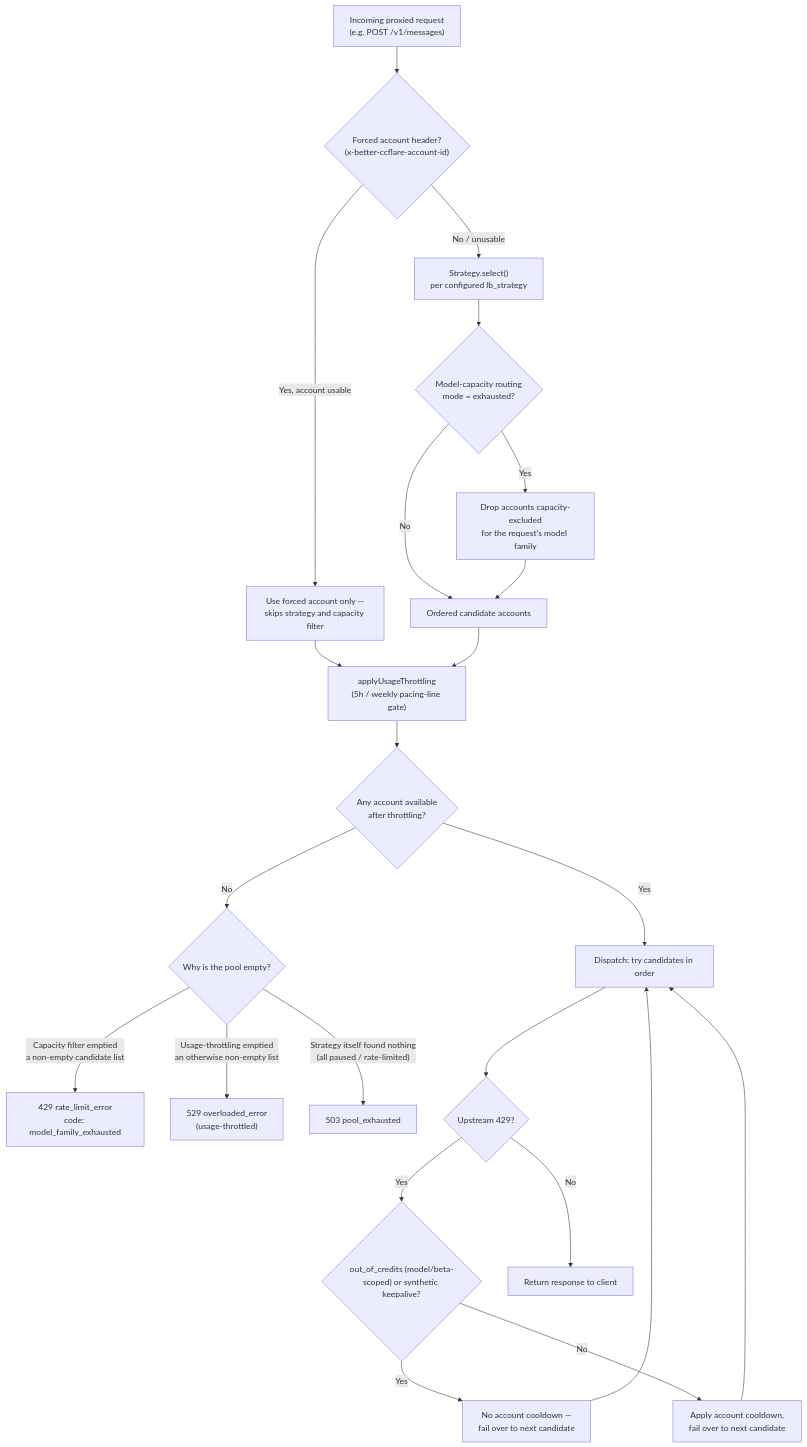
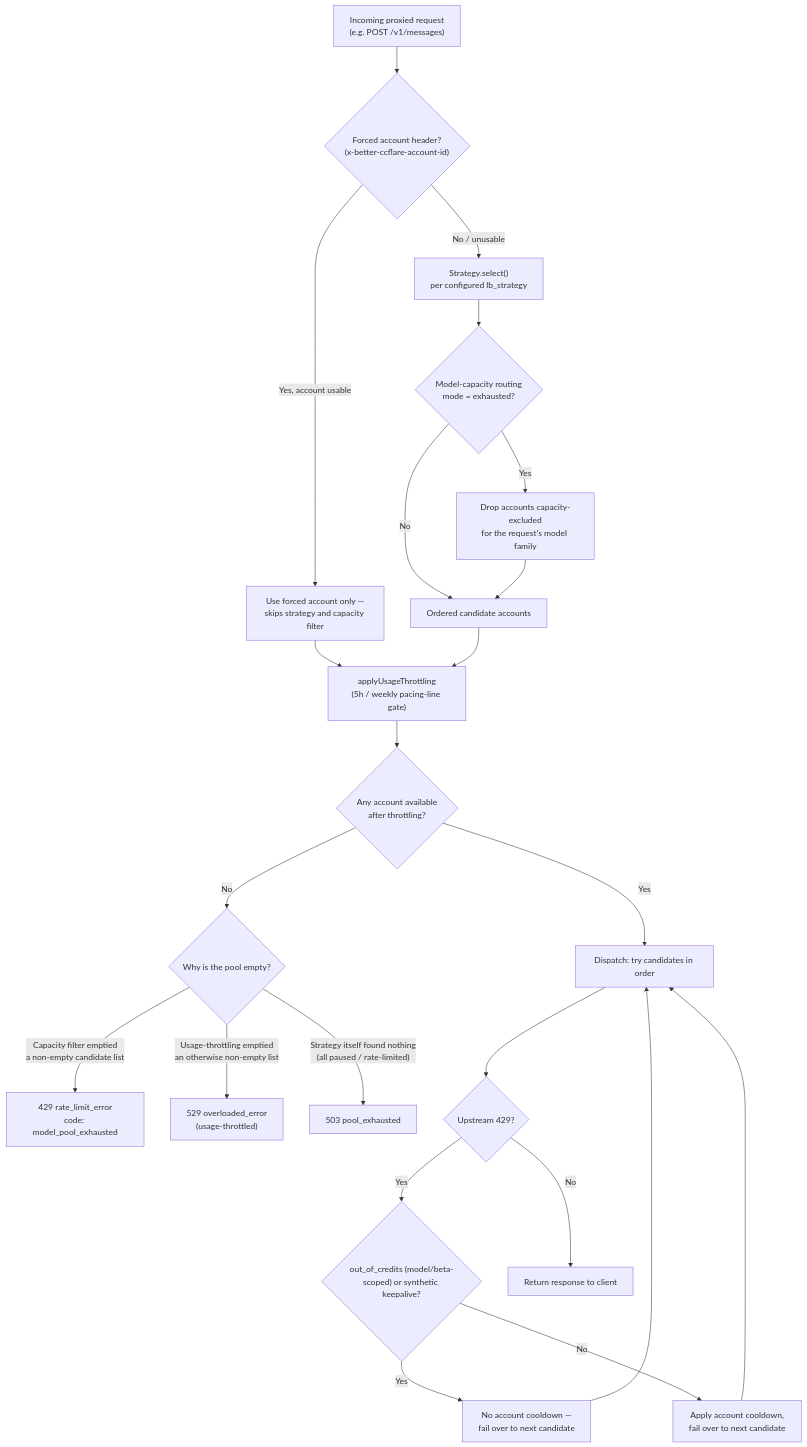
The first of 7 diagrams in docs/routing-architecture.md (StartupBros-com/better-ccflare), drawn with Mermaid before and after one commit. The commit also changed other lines of this file and 4 other files, not shown here.

````diff
--- a/docs/routing-architecture.md
+++ b/docs/routing-architecture.md
@@ -27,25 +27,25 @@
 ```mermaid
 flowchart TD
     A["Incoming proxied request<br/>(e.g. POST /v1/messages)"] --> B{"Forced account header?<br/>(x-better-ccflare-account-id)"}
     B -->|"Yes, account usable"| C["Use forced account only —<br/>skips strategy and capacity filter"]
     B -->|"No / unusable"| D["Strategy.select()<br/>per configured lb_strategy"]
     D --> E{"Model-capacity routing<br/>mode = exhausted?"}
     E -->|"Yes"| F["Drop accounts capacity-excluded<br/>for the request's model family"]
     E -->|"No"| G["Ordered candidate accounts"]
     F --> G
     C --> H["applyUsageThrottling<br/>(5h / weekly pacing-line gate)"]
     G --> H
     H --> I{"Any account available<br/>after throttling?"}
     I -->|"No"| J{"Why is the pool empty?"}
-    J -->|"Capacity filter emptied<br/>a non-empty candidate list"| K["429 rate_limit_error<br/>code: model_family_exhausted"]
+    J -->|"Capacity filter emptied<br/>a non-empty candidate list"| K["429 rate_limit_error<br/>code: model_pool_exhausted"]
     J -->|"Usage-throttling emptied<br/>an otherwise non-empty list"| L["529 overloaded_error<br/>(usage-throttled)"]
     J -->|"Strategy itself found nothing<br/>(all paused / rate-limited)"| M["503 pool_exhausted"]
     I -->|"Yes"| N["Dispatch: try candidates in order"]
     N --> O{"Upstream 429?"}
     O -->|"Yes"| P{"out_of_credits (model/beta-<br/>scoped) or synthetic keepalive?"}
     P -->|"Yes"| P2["No account cooldown —<br/>fail over to next candidate"]
     P -->|"No"| P3["Apply account cooldown,<br/>fail over to next candidate"]
     P2 --> N
     P3 --> N
     O -->|"No"| Q["Return response to client"]
 ```
````
